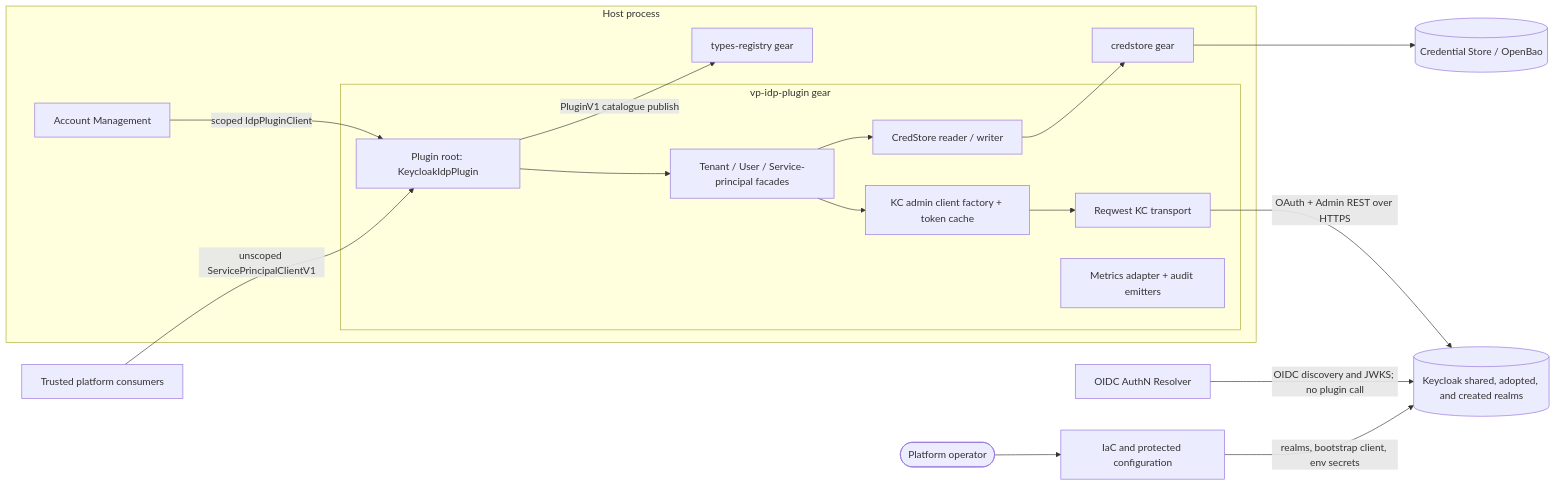
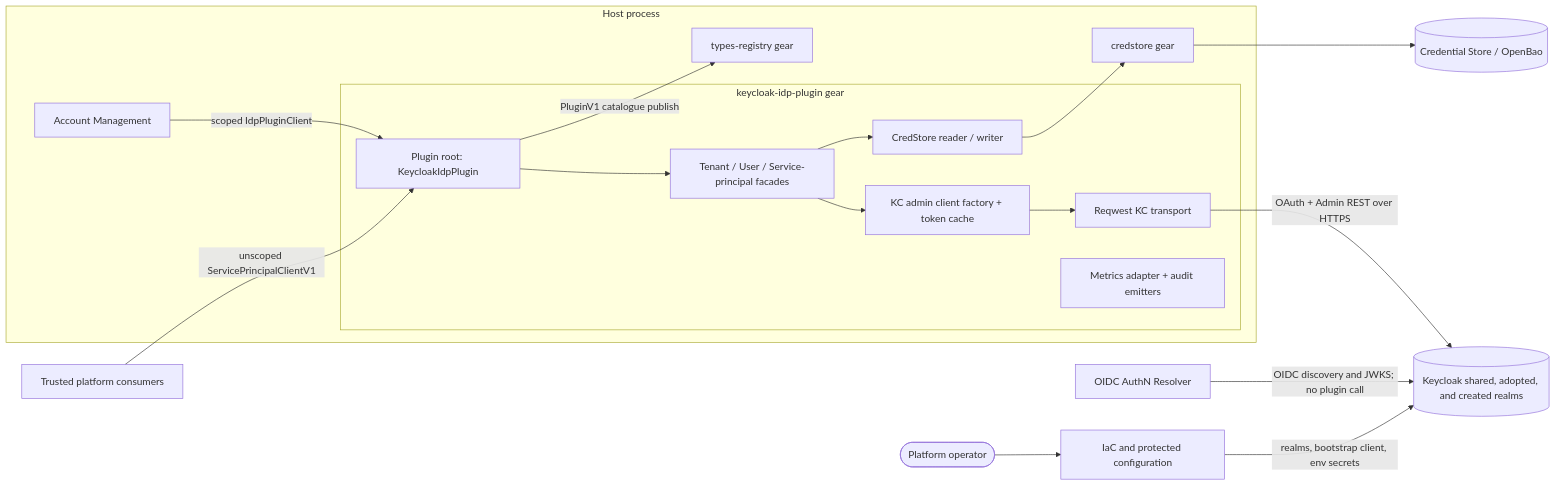
Before and after one commit to constructorfabric/gears-rust: the first of 3 diagrams in gears/system/account-management/plugins/keycloak-idp-plugin/docs/DESIGN.md, drawn with Mermaid. The commit also changed other lines of this file and 26 other files, not shown here.

First line of the commit message:
refactor(keycloak-idp-plugin): move runtime identifiers onto repo conventions

````diff
--- a/gears/system/account-management/plugins/keycloak-idp-plugin/docs/DESIGN.md
+++ b/gears/system/account-management/plugins/keycloak-idp-plugin/docs/DESIGN.md
@@ -102,36 +102,36 @@
 ```mermaid
 flowchart LR
   operator([Platform operator])
   iac[IaC and protected configuration]
   cred[(Credential Store / OpenBao)]
   kc[(Keycloak shared, adopted, and created realms)]
   authn[OIDC AuthN Resolver]
   spc[Trusted platform consumers]
   subgraph host[Host process]
     am[Account Management]
-    subgraph plugin[vp-idp-plugin gear]
+    subgraph plugin[keycloak-idp-plugin gear]
       root[Plugin root: KeycloakIdpPlugin]
       facades[Tenant / User / Service-principal facades]
       kcc[KC admin client factory + token cache]
       csrw[CredStore reader / writer]
       transport[Reqwest KC transport]
       obs[Metrics adapter + audit emitters]
     end
     tr[types-registry gear]
     cs[credstore gear]
   end
 
   operator --> iac
   iac -->|realms, bootstrap client, env secrets| kc
   am -->|scoped IdpPluginClient| root
   spc -->|unscoped ServicePrincipalClientV1| root
   root --> facades
   facades --> kcc
   kcc --> transport
   facades --> csrw
   csrw --> cs
   root -->|PluginV1 catalogue publish| tr
   cs --> cred
   transport -->|OAuth + Admin REST over HTTPS| kc
   authn -->|OIDC discovery and JWKS; no plugin call| kc
 ```
````
